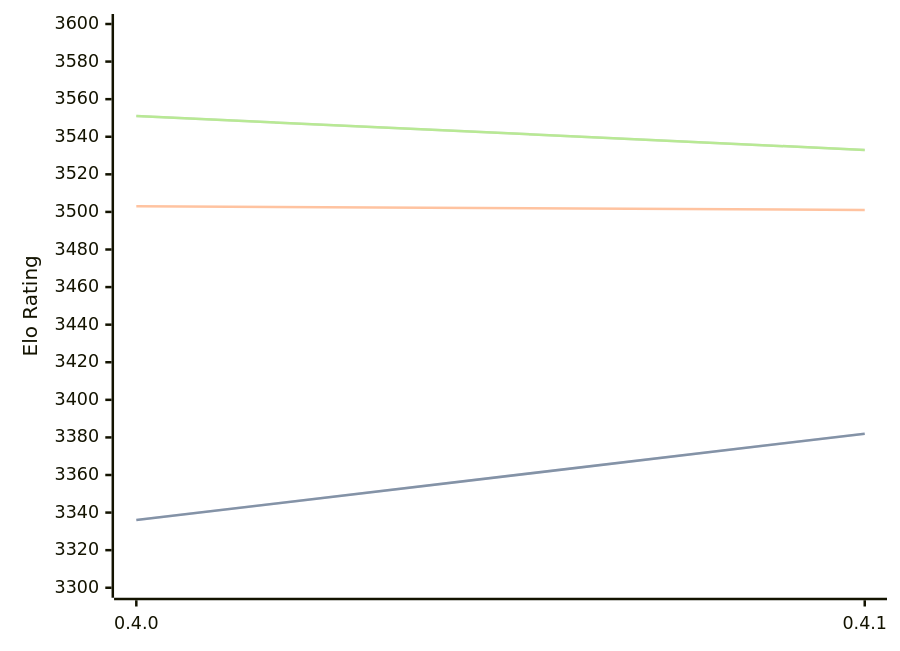
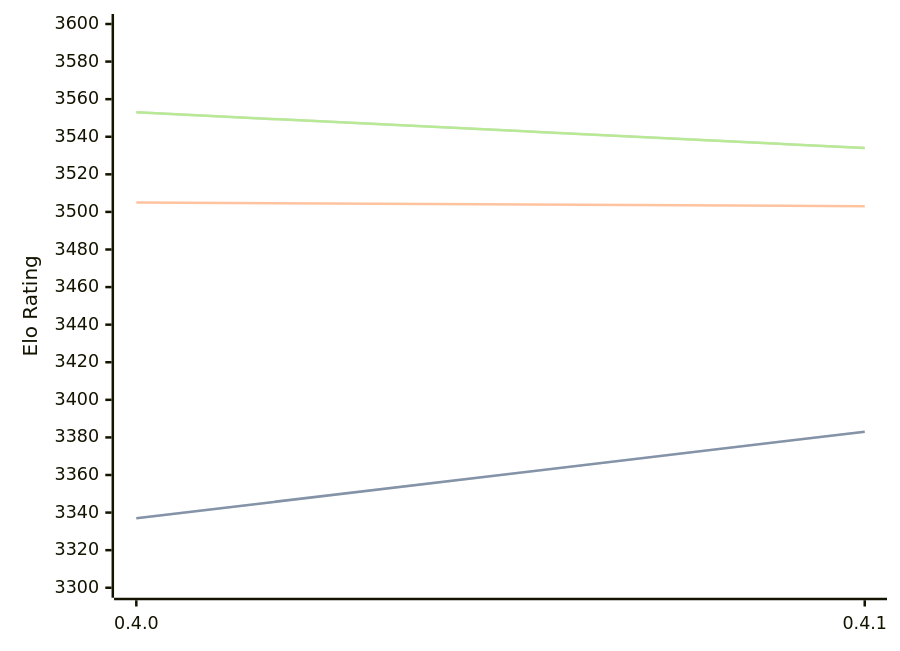
One commit to computer-chess-index/cci changed the diagram in engines/Cinder.md. Above: the diagram before and after it, drawn with Mermaid. The commit also changed other lines of this file, not shown here.

Commit message:
Update CCI Ratings (ELO VLTC) - 2026-04-11

````diff
--- a/engines/Cinder.md
+++ b/engines/Cinder.md
@@ -40,11 +40,11 @@
 ```mermaid
 %%{init: {"theme":"base","themeVariables":{"seriesColors:['#a3a3a3','#222221','#faa371']}}}%%
 xychart-beta
   x-axis ["0.4.0", "0.4.1"]
   y-axis "Elo Rating" 3300 --> 3600
-  line "STC (8.0+0.08s)" [3336, 3382]
-  line "STC (8.0+0.08s)" [3336, 3382]
-  line "LTC (60.0+0.60s)" [3503, 3501]
-  line "VLTC (2m24s+1.12s)" [3551, 3533]
-  line "VLTC (2m24s+1.12s)" [3551, 3533]
+  line "STC (8.0+0.08s)" [3337, 3383]
+  line "STC (8.0+0.08s)" [3337, 3383]
+  line "LTC (60.0+0.60s)" [3505, 3503]
+  line "VLTC (2m24s+1.12s)" [3553, 3534]
+  line "VLTC (2m24s+1.12s)" [3553, 3534]
 ```
````
